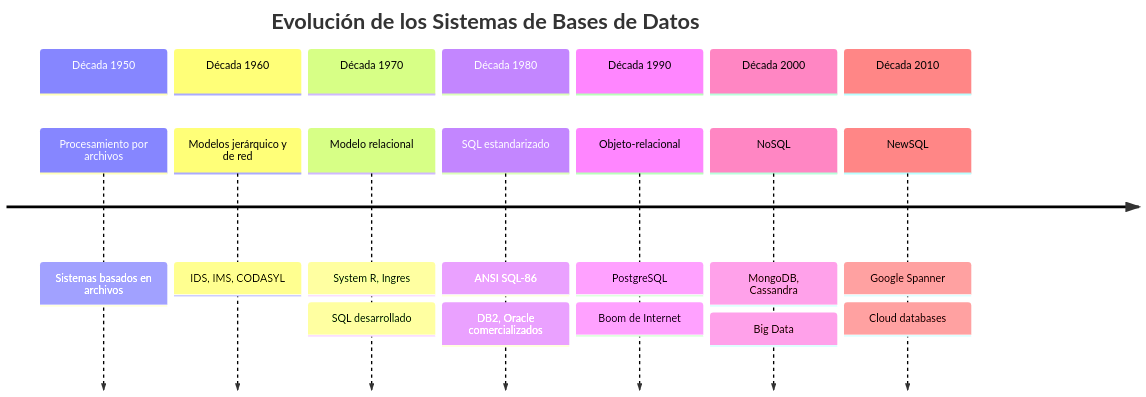
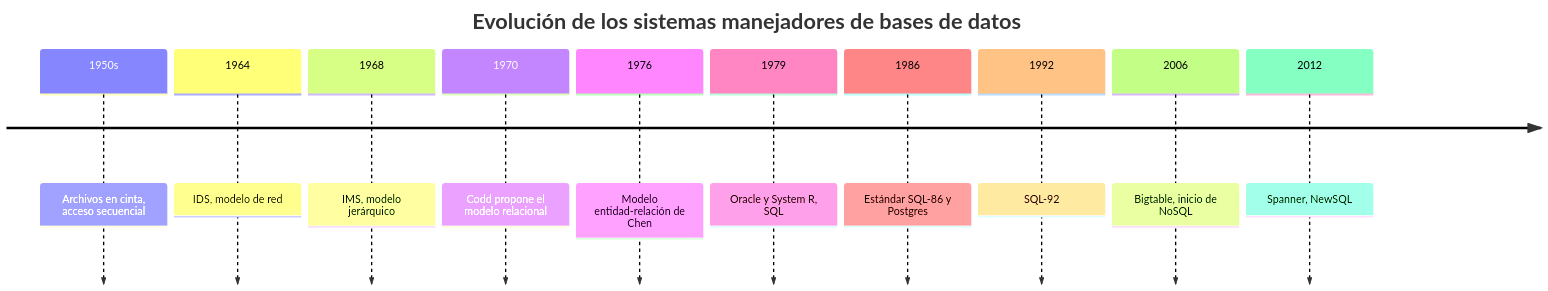
Before and after one commit to djaimej/computer-science-template: the diagram in public/documents/semester-5/3/5311.md, drawn with Mermaid. The commit also changed other lines of this file and 2 other files, not shown here.

First line of the commit message:
Semestre 5: revisión de Fundamentos de Bases de Datos, tema 1

````diff
--- a/public/documents/semester-5/3/5311.md
+++ b/public/documents/semester-5/3/5311.md
@@ -123,23 +47,14 @@
 ```mermaid
 timeline
-    title Evolución de los Sistemas de Bases de Datos
-    section Década 1950
-        Procesamiento por archivos : Sistemas basados en archivos
-    section Década 1960
-        Modelos jerárquico y de red : IDS, IMS, CODASYL
-    section Década 1970
-        Modelo relacional : System R, Ingres
-        : SQL desarrollado
-    section Década 1980
-        SQL estandarizado : ANSI SQL-86
-        : DB2, Oracle comercializados
-    section Década 1990
-        Objeto-relacional : PostgreSQL
-        : Boom de Internet
-    section Década 2000
-        NoSQL : MongoDB, Cassandra
-        : Big Data
-    section Década 2010
-        NewSQL : Google Spanner
-        : Cloud databases
+    title Evolución de los sistemas manejadores de bases de datos
+    1950s : Archivos en cinta, acceso secuencial
+    1964 : IDS, modelo de red
+    1968 : IMS, modelo jerárquico
+    1970 : Codd propone el modelo relacional
+    1976 : Modelo entidad-relación de Chen
+    1979 : Oracle y System R, SQL
+    1986 : Estándar SQL-86 y Postgres
+    1992 : SQL-92
+    2006 : Bigtable, inicio de NoSQL
+    2012 : Spanner, NewSQL
 ```
````
